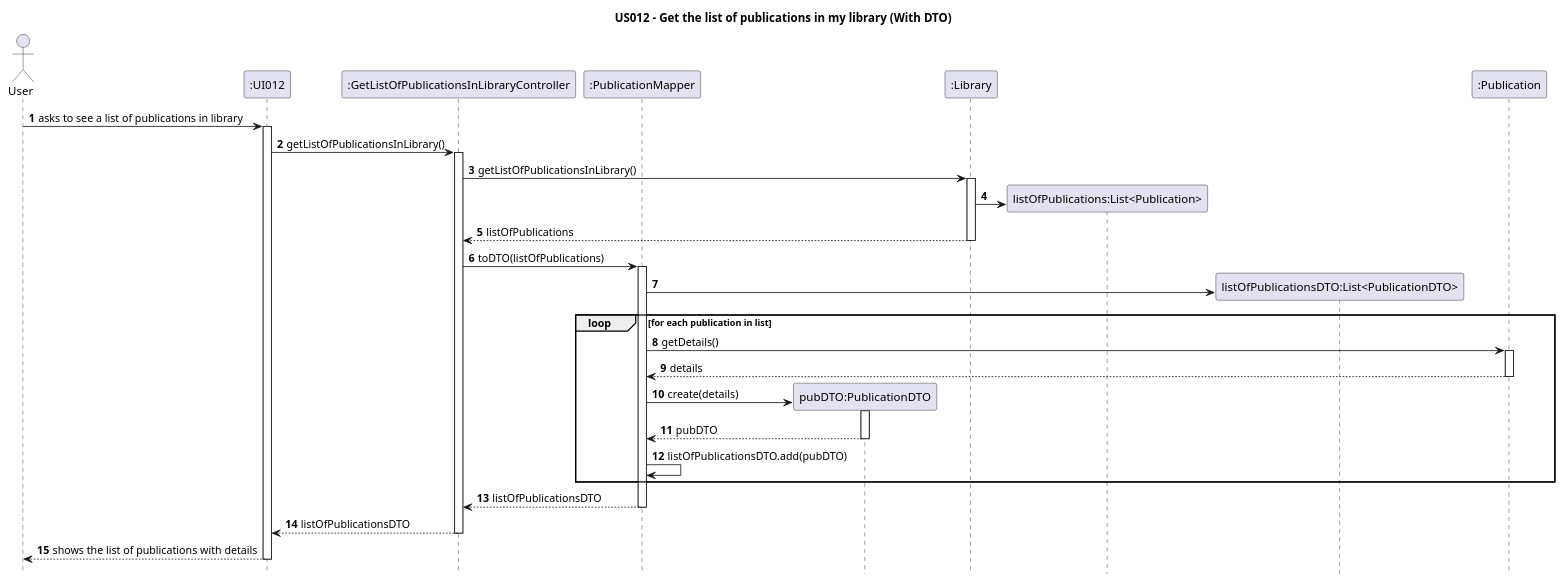
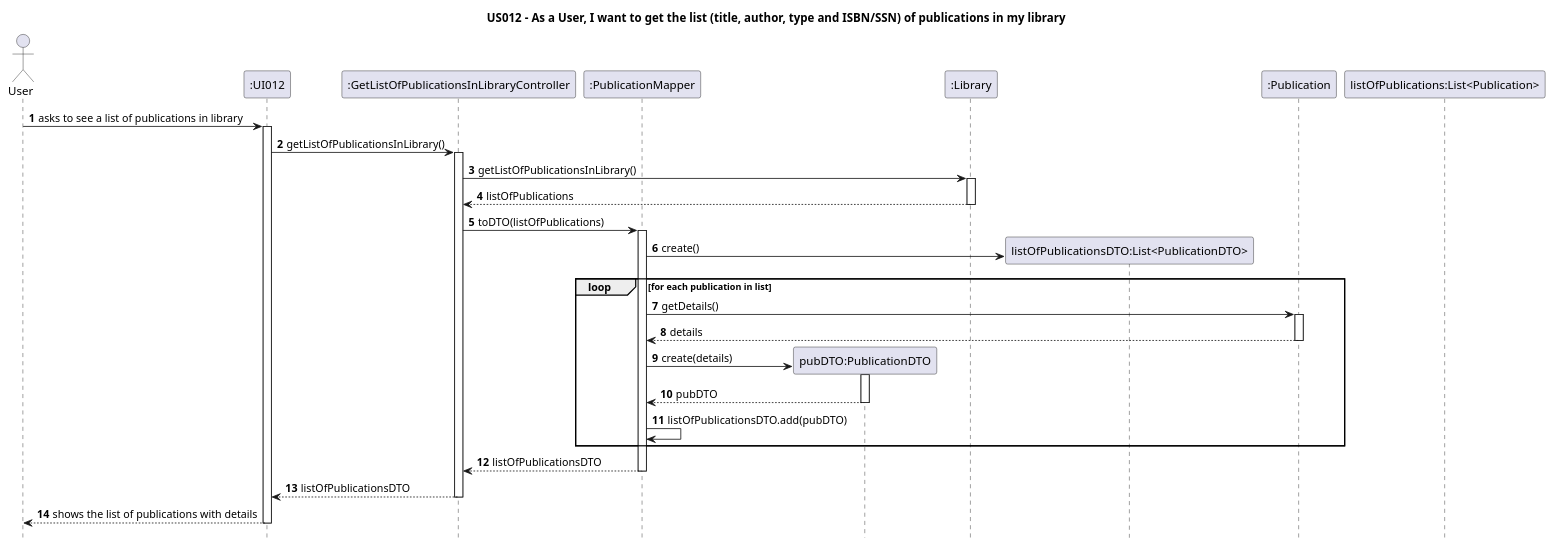
One commit to AndrePereiraGitH/SWitCH-Project-Team_A changed the diagram in Diagrams/SequenceDiagrams/N2/US012-To-Get-List-Of-Publications-In-My-Library.puml. Above: the diagram before and after it, drawn with PlantUML. The commit also changed 4 other files, not shown here.

Commit message:
Working on #106 #104, made some minor alterations to the diagrams

```diff
--- a/Diagrams/SequenceDiagrams/N2/US012-To-Get-List-Of-Publications-In-My-Library.puml
+++ b/Diagrams/SequenceDiagrams/N2/US012-To-Get-List-Of-Publications-In-My-Library.puml
@@ -1,71 +1,75 @@
 @startuml
 autonumber
 hide footbox
-title US012 - Get the list of publications in my library (With DTO)
+title US012 - As a User, I want to get the list (title, author, type and ISBN/SSN) of publications in my library
 
 
 actor User
 participant ":UI012" as UI
 
 
 
 participant ":GetListOfPublicationsInLibraryController" as Ctrl
 
 
 
 participant ":PublicationMapper" as Mapper
 participant "pubDTO:PublicationDTO" as DTO
 
 
 
 participant ":Library" as LibDomain
-participant "listOfPublications:List<Publication>" as ListPubs
+
 participant "listOfPublicationsDTO:List<PublicationDTO>" as ListDTO
 
 participant ":Publication" as PubDomain
 
+
+participant "listOfPublications:List<Publication>" as ListPubs
 
 
 
 User -> UI : asks to see a list of publications in library
 activate UI
 
 UI -> Ctrl: getListOfPublicationsInLibrary()
 activate Ctrl
 
 Ctrl -> LibDomain: getListOfPublicationsInLibrary()
 activate LibDomain
-LibDomain -> ListPubs **:
+
 
 
 LibDomain --> Ctrl: listOfPublications
 deactivate LibDomain
 
+
 Ctrl -> Mapper: toDTO(listOfPublications)
+
 activate Mapper
-Mapper -> ListDTO **:
+Mapper -> ListDTO **: create()
 
 
     loop for each publication in list
         Mapper -> PubDomain: getDetails()
         activate PubDomain
         PubDomain --> Mapper: details
         deactivate PubDomain
 
         Mapper -> DTO ** : create(details)
         activate DTO
         DTO --> Mapper : pubDTO
         deactivate DTO
 
         Mapper -> Mapper: listOfPublicationsDTO.add(pubDTO)
     end
 
 Mapper --> Ctrl: listOfPublicationsDTO
 deactivate Mapper
 
 Ctrl --> UI: listOfPublicationsDTO
 deactivate Ctrl
 
 UI --> User : shows the list of publications with details
 deactivate UI
 @enduml
```
